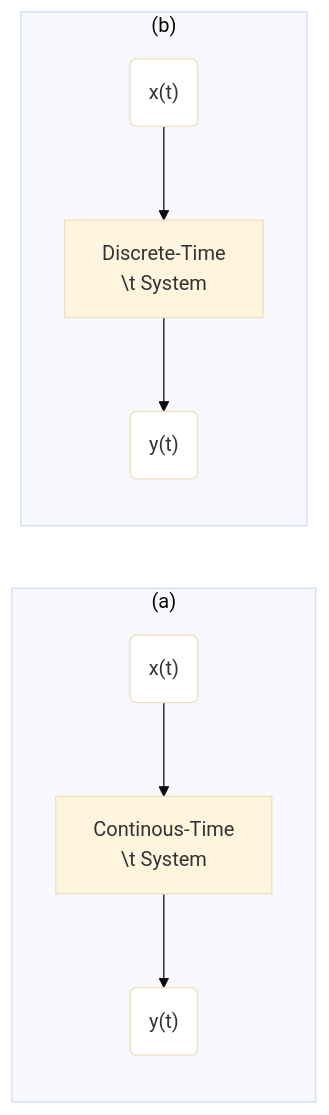
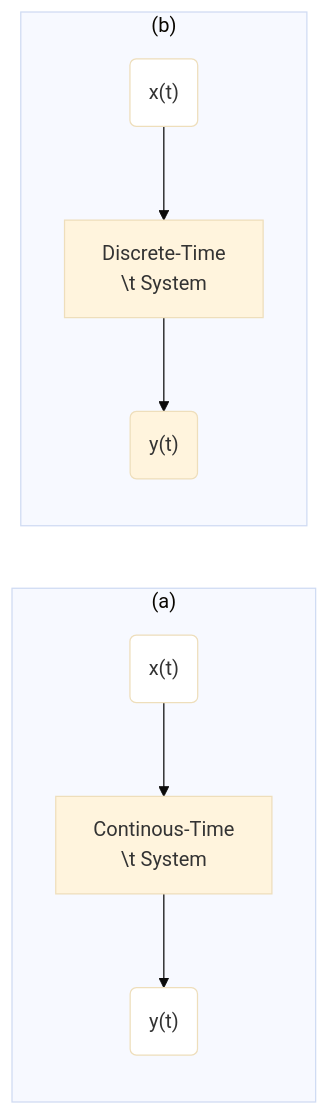
Before and after one commit to setrar/dsp: the diagram in signal-processing/kutz/README.md, drawn with Mermaid (base theme). The commit also changed other lines of this file, not shown here.

````diff
--- a/signal-processing/kutz/README.md
+++ b/signal-processing/kutz/README.md
@@ -50,14 +50,13 @@
 ```mermaid
 %%{init: {"flowchart": {"htmlLabels": false}} }%%
 flowchart LR
 subgraph "(a)"
     a("x(t)"):::someclass -->b[Continous-Time \n\t System]
-    b-->id("y(t)"):::someclass
+    b-->d("y(t)"):::someclass
     classDef someclass fill:#fff
 end
 subgraph "(b)"
-    c("x(t)"):::someclass -->d[Discrete-Time \n\t System]
-    d-->id1("y(t)"):::someclass
-    classDef someclass fill:#fff
+    e("x(t)"):::someclass -->f[Discrete-Time \n\t System]
+    f-->g("y(t)")
 end
 ```
````
